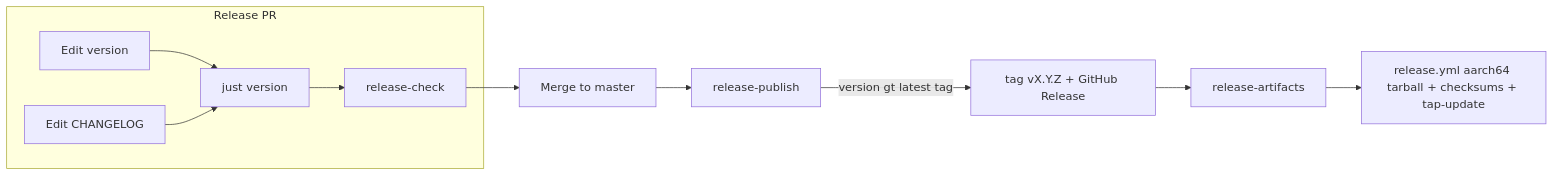
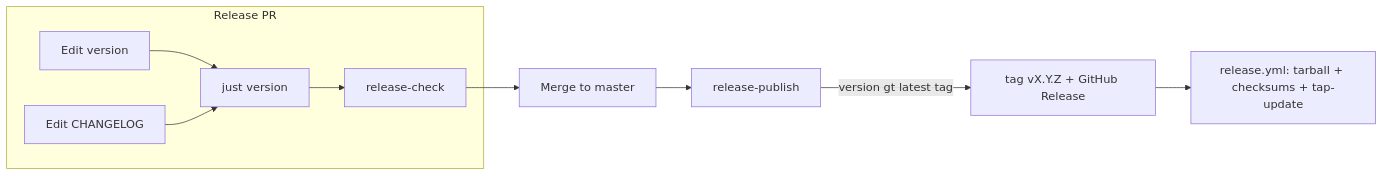
One commit to rubenlr/workpot changed the diagram in docs/releasing.md. Above: the diagram before and after it, drawn with Mermaid. The commit also changed other lines of this file and 7 other files, not shown here.

````diff
--- a/docs/releasing.md
+++ b/docs/releasing.md
@@ -31,16 +31,15 @@
 ```mermaid
 flowchart LR
   subgraph pr [Release PR]
     V[Edit version]
     C[Edit CHANGELOG]
     J[just version]
     V --> J
     C --> J
     J --> CI[release-check]
   end
   CI --> Merge[Merge to master]
   Merge --> Pub[release-publish]
   Pub -->|"version gt latest tag"| Tag["tag vX.Y.Z + GitHub Release"]
-  Tag --> Art[release-artifacts]
-  Art --> Bin[release.yml aarch64 tarball + checksums + tap-update]
+  Tag --> Bin[release.yml: tarball + checksums + tap-update]
 ```
````
